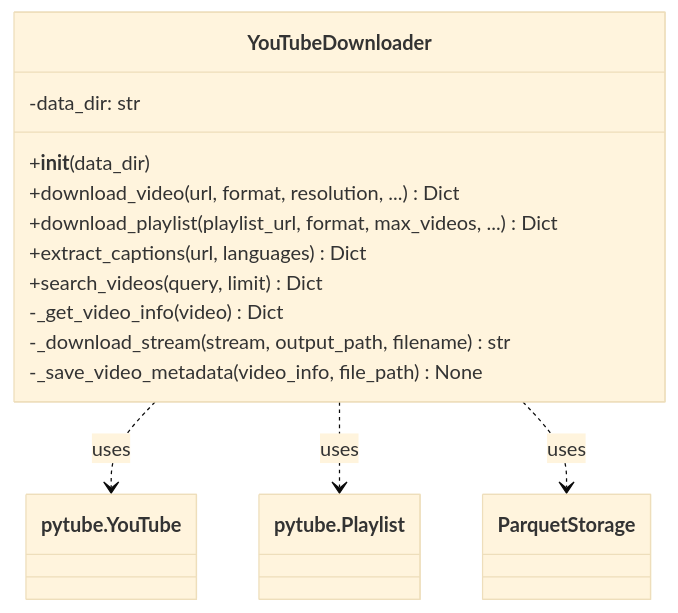
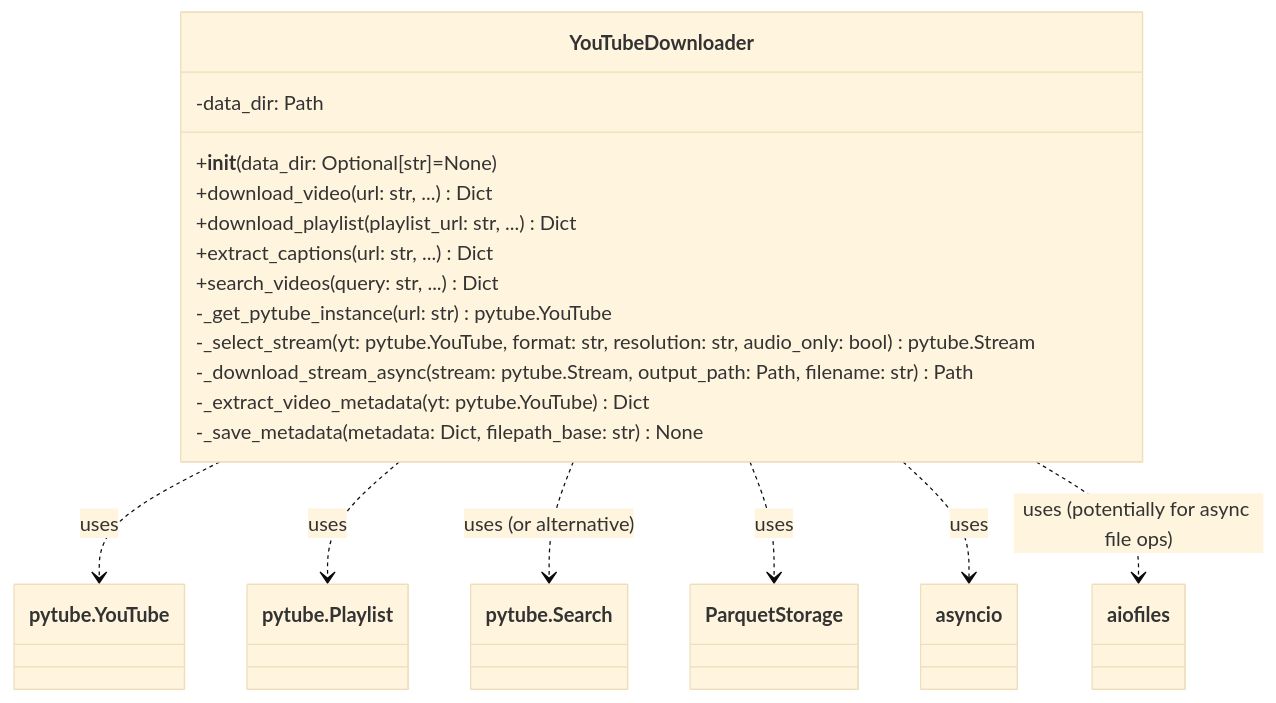
Before and after one commit to Ollama-Agent-Roll-Cage/oarc-crawlers: the fourth of 25 diagrams in docs/Crawlers.md, drawn with Mermaid (base theme). The commit also changed other lines of this file and 9 other files, not shown here.

````diff
--- a/docs/Crawlers.md
+++ b/docs/Crawlers.md
@@ -159,18 +163,23 @@
 ```mermaid
 classDiagram
     class YouTubeDownloader {
-        -data_dir: str
-        +__init__(data_dir)
-        +download_video(url, format, resolution, ...) Dict
-        +download_playlist(playlist_url, format, max_videos, ...) Dict
-        +extract_captions(url, languages) Dict
-        +search_videos(query, limit) Dict
-        -_get_video_info(video) Dict
-        -_download_stream(stream, output_path, filename) str
-        -_save_video_metadata(video_info, file_path) None
+        -data_dir: Path
+        +__init__(data_dir: Optional[str]=None)
+        +download_video(url: str, ...) Dict
+        +download_playlist(playlist_url: str, ...) Dict
+        +extract_captions(url: str, ...) Dict
+        +search_videos(query: str, ...) Dict
+        -_get_pytube_instance(url: str) pytube.YouTube
+        -_select_stream(yt: pytube.YouTube, format: str, resolution: str, audio_only: bool) pytube.Stream
+        -_download_stream_async(stream: pytube.Stream, output_path: Path, filename: str) Path
+        -_extract_video_metadata(yt: pytube.YouTube) Dict
+        -_save_metadata(metadata: Dict, filepath_base: str) None
     }
-    
+
     YouTubeDownloader ..> pytube.YouTube : uses
     YouTubeDownloader ..> pytube.Playlist : uses
+    YouTubeDownloader ..> pytube.Search : uses (or alternative)
     YouTubeDownloader ..> ParquetStorage : uses
+    YouTubeDownloader ..> asyncio : uses
+    YouTubeDownloader ..> aiofiles : uses (potentially for async file ops)
 ```
````
